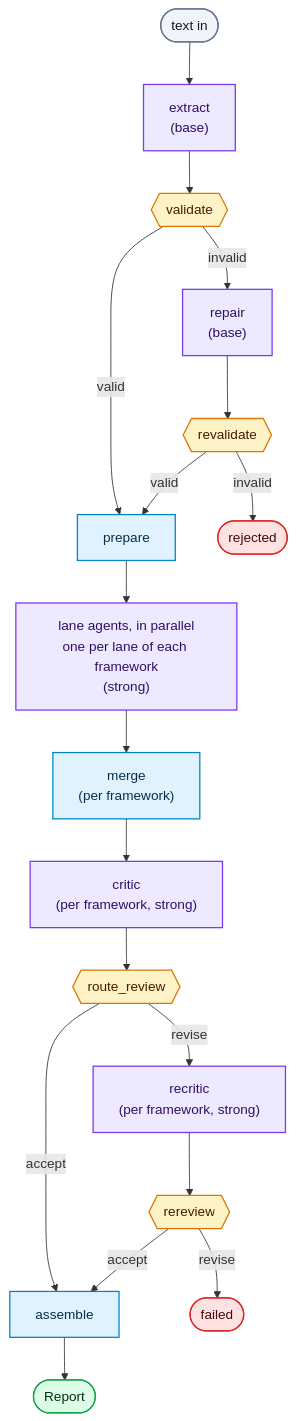
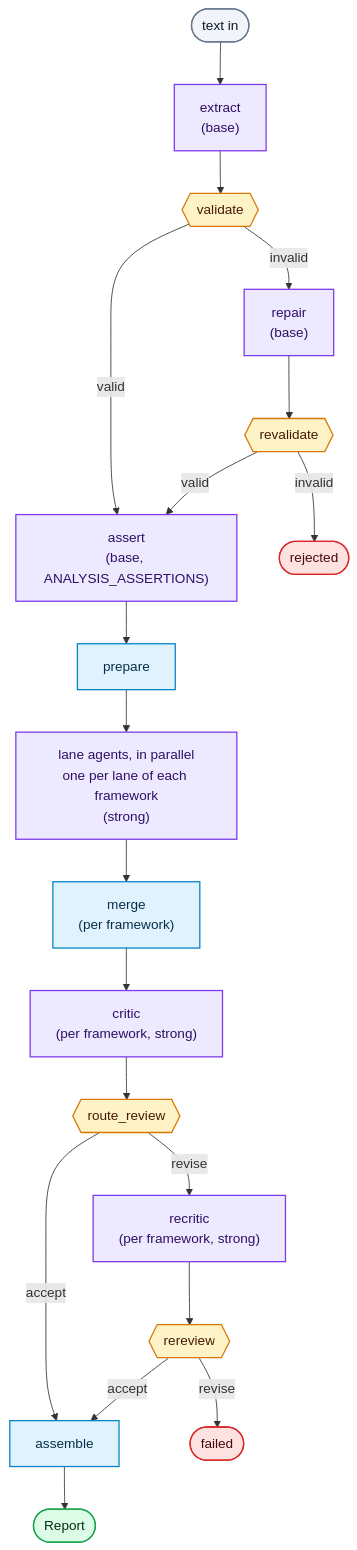
One commit to mstarks01/work-agent changed the diagram in docs/Architecture.md. Above: the diagram before and after it, drawn with Mermaid. The commit also changed other lines of this file and 13 other files, not shown here.

First line of the commit message:
Run the assertion pass in the production graph behind a flag (#961) (#973)

````diff
--- a/docs/Architecture.md
+++ b/docs/Architecture.md
@@ -18,36 +18,37 @@
 ```mermaid
 flowchart TD
     start([text in]) --> extract["extract<br/>(base)"]
     extract --> validate{{validate}}
-    validate -- valid --> prepare[prepare]
+    validate -- valid --> assert["assert<br/>(base, ANALYSIS_ASSERTIONS)"]
     validate -- invalid --> repair["repair<br/>(base)"]
     repair --> revalidate{{revalidate}}
-    revalidate -- valid --> prepare
+    revalidate -- valid --> assert
     revalidate -- invalid --> reject([rejected])
+    assert --> prepare[prepare]
 
     prepare --> analyze["lane agents, in parallel<br/>one per lane of each framework<br/>(strong)"]
     analyze --> merge["merge<br/>(per framework)"]
     merge --> critic["critic<br/>(per framework, strong)"]
     critic --> router{{route_review}}
 
     router -- accept --> assemble[assemble]
     router -- revise --> recritic["recritic<br/>(per framework, strong)"]
     recritic --> rereview{{rereview}}
     rereview -- accept --> assemble
     rereview -- revise --> failed([failed])
     assemble --> report([Report])
 
     classDef llm fill:#ede9fe,stroke:#7c3aed,stroke-width:1.5px,color:#2e1065
     classDef code fill:#e0f2fe,stroke:#0284c7,stroke-width:1.5px,color:#082f49
     classDef gate fill:#fef3c7,stroke:#d97706,stroke-width:1.5px,color:#451a03
     classDef good fill:#dcfce7,stroke:#16a34a,stroke-width:1.5px,color:#052e16
     classDef bad fill:#fee2e2,stroke:#dc2626,stroke-width:1.5px,color:#450a0a
     classDef io fill:#f1f5f9,stroke:#64748b,stroke-width:1.5px,color:#0f172a
 
-    class extract,repair,analyze,critic,recritic llm
+    class extract,repair,assert,analyze,critic,recritic llm
     class prepare,merge,assemble code
     class validate,revalidate,router,rereview gate
     class report good
     class reject,failed bad
     class start io
 ```
````
